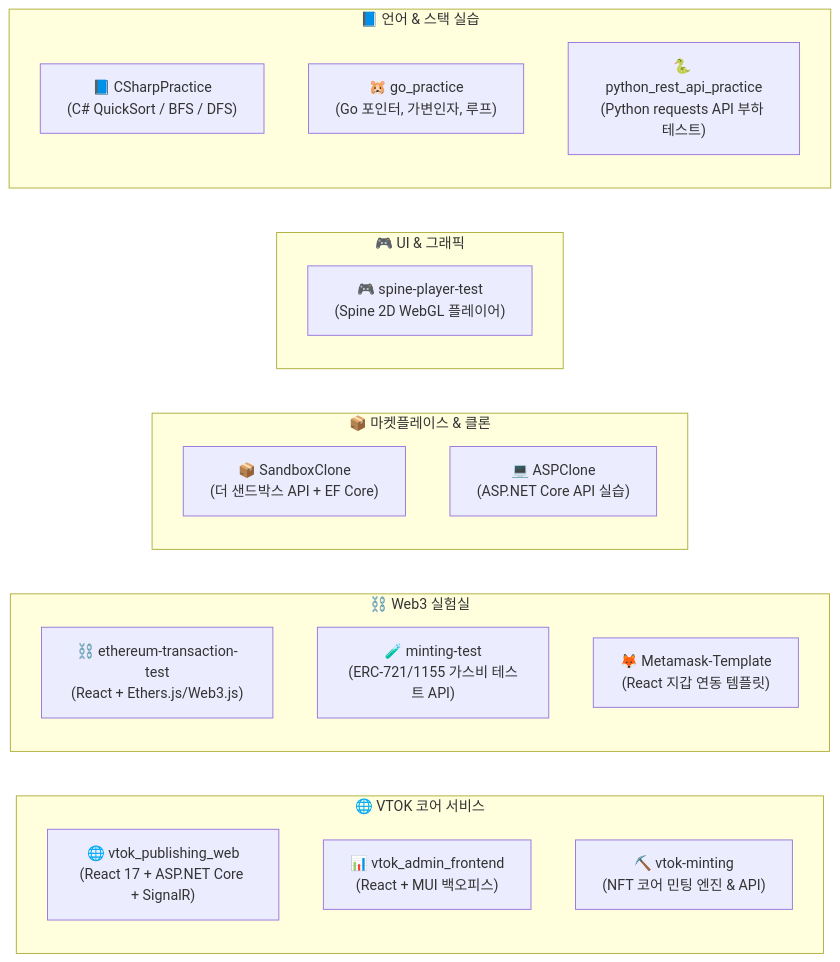
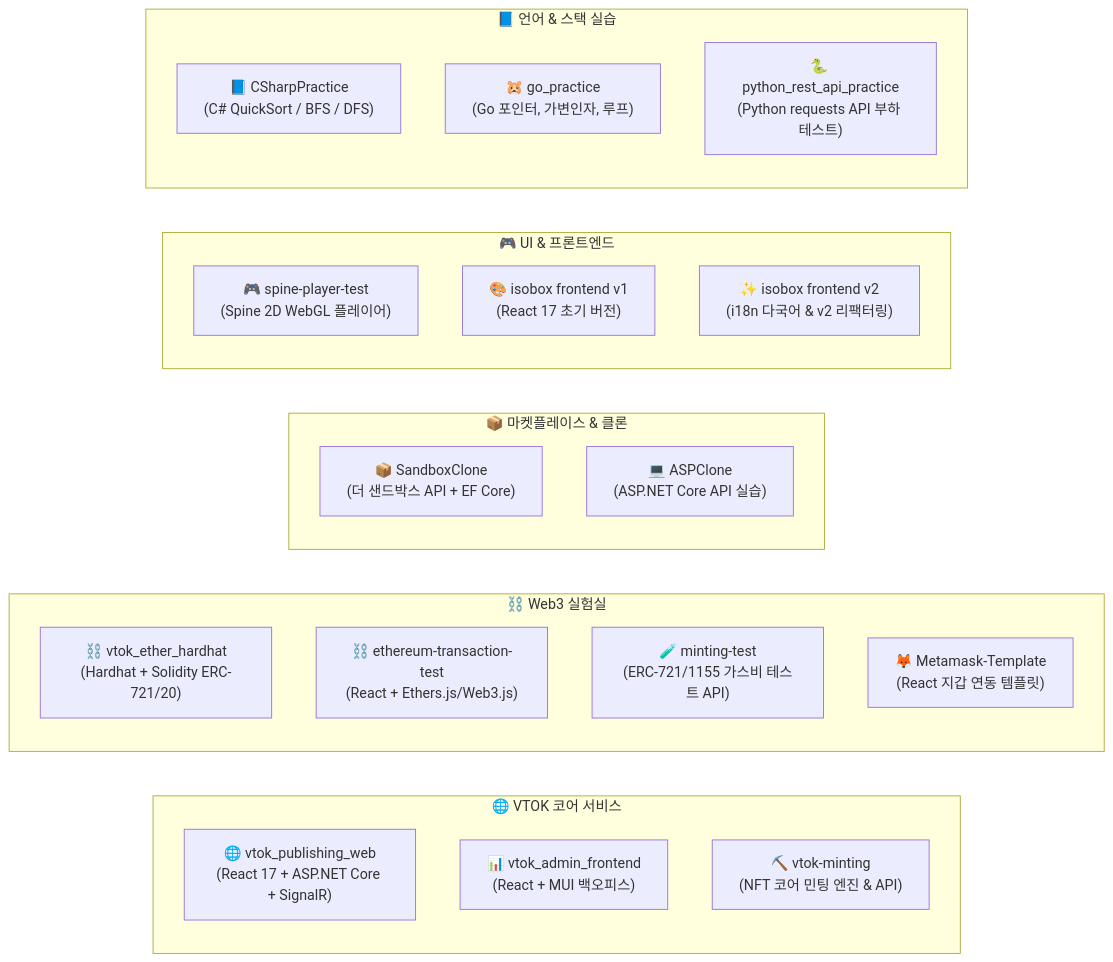
One commit to comfiapps/vtok-all changed the first of 2 diagrams in README.md. Above: the diagram before and after it, drawn with Mermaid. The commit also changed other lines of this file and 254 other files, not shown here.

Commit message:
feat: integrate vtok_ether_hardhat, add project documentation, and enable minting UI

````diff
--- a/README.md
+++ b/README.md
@@ -34,34 +34,37 @@
 ```mermaid
 flowchart LR
     subgraph Core ["🌐 VTOK 코어 서비스"]
         direction TB
         PW["🌐 vtok_publishing_web\n(React 17 + ASP.NET Core + SignalR)"]
         AF["📊 vtok_admin_frontend\n(React + MUI 백오피스)"]
         MINT["⛏️ vtok-minting\n(NFT 코어 민팅 엔진 & API)"]
     end
 
     subgraph Web3 ["⛓️ Web3 실험실"]
         direction TB
+        HARDHAT["⛓️ vtok_ether_hardhat\n(Hardhat + Solidity ERC-721/20)"]
         ETH_TEST["⛓️ ethereum-transaction-test\n(React + Ethers.js/Web3.js)"]
         MINT_TEST["🧪 minting-test\n(ERC-721/1155 가스비 테스트 API)"]
         META_TMPL["🦊 Metamask-Template\n(React 지갑 연동 템플릿)"]
     end
 
     subgraph Clones ["📦 마켓플레이스 & 클론"]
         direction TB
         SANDBOX["📦 SandboxClone\n(더 샌드박스 API + EF Core)"]
         ASP["💻 ASPClone\n(ASP.NET Core API 실습)"]
     end
 
-    subgraph Demos ["🎮 UI & 그래픽"]
+    subgraph Demos ["🎮 UI & 프론트엔드"]
         direction TB
         SPINE["🎮 spine-player-test\n(Spine 2D WebGL 플레이어)"]
+        ISO_V1["🎨 isobox frontend v1\n(React 17 초기 버전)"]
+        ISO_V2["✨ isobox frontend v2\n(i18n 다국어 & v2 리팩터링)"]
     end
 
     subgraph Learning ["📘 언어 & 스택 실습"]
         direction TB
         CSHARP["📘 CSharpPractice\n(C# QuickSort / BFS / DFS)"]
         GO["🐹 go_practice\n(Go 포인터, 가변인자, 루프)"]
         PYTHON["🐍 python_rest_api_practice\n(Python requests API 부하 테스트)"]
     end
 ```
````
